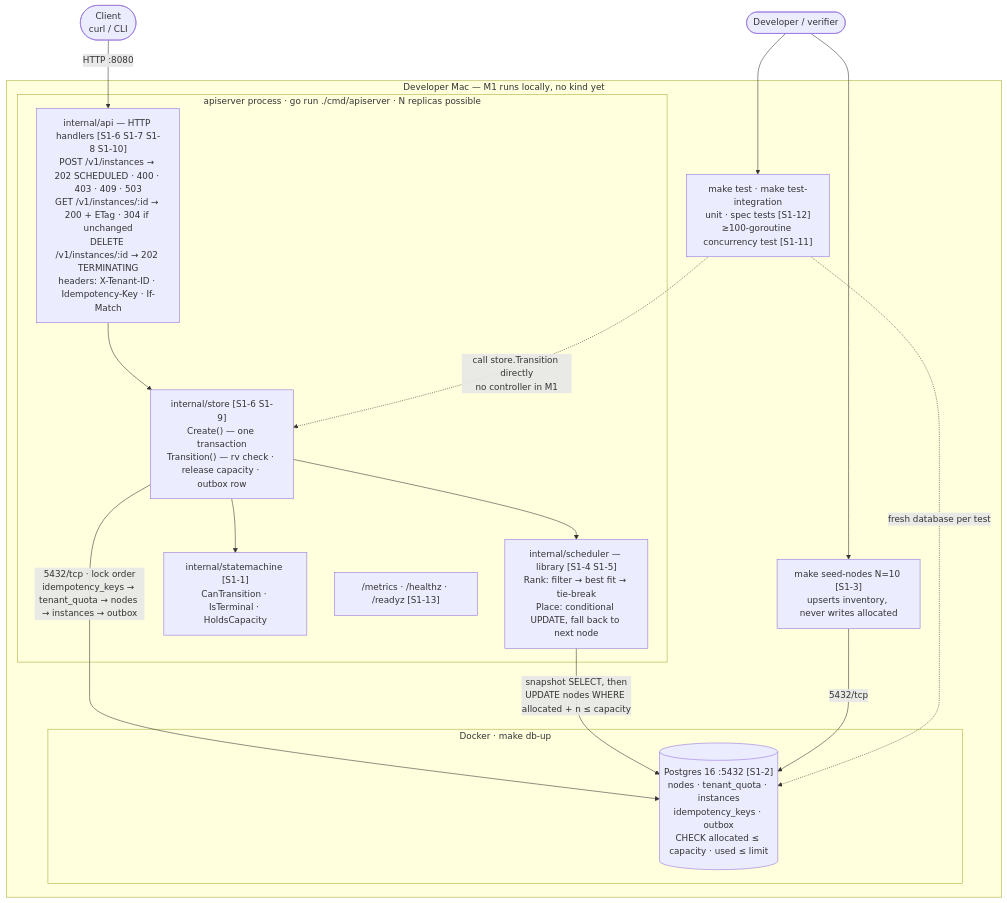
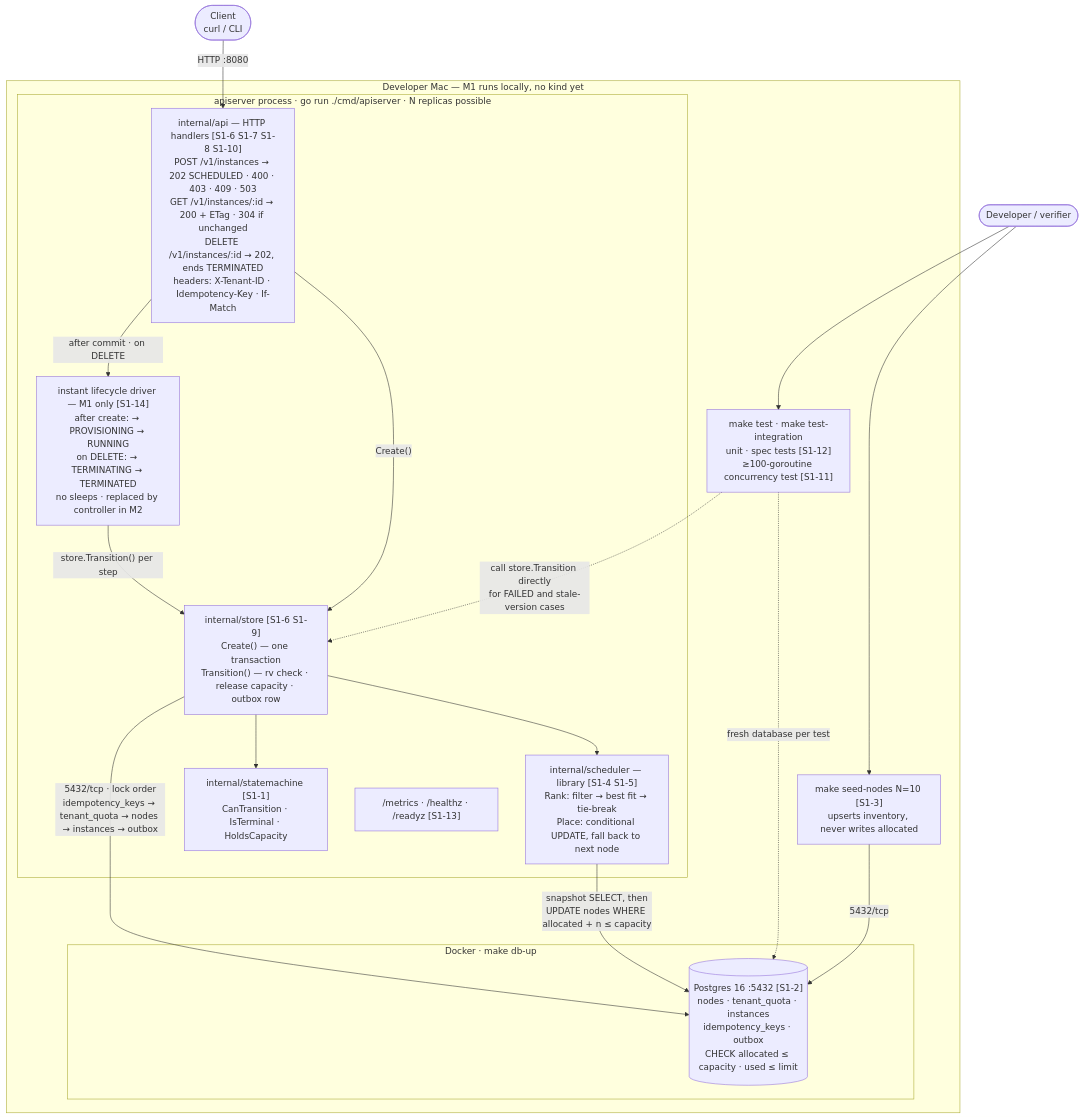
One commit to dipen1510/gpu-control-plane changed the second of 5 diagrams in docs/architecture.md. Above: the diagram before and after it, drawn with Mermaid. The commit also changed other lines of this file and 4 other files, not shown here.

First line of the commit message:
A-3: M1 instant lifecycle driver (D17), ADR-0001 amendment 1, S1-14, updated diagrams

````diff
--- a/docs/architecture.md
+++ b/docs/architecture.md
@@ -111,36 +115,39 @@
 ```mermaid
 flowchart TB
     client(["Client<br/>curl / CLI"])
     dev(["Developer / verifier"])
 
     subgraph mac["Developer Mac — M1 runs locally, no kind yet"]
 
         subgraph proc["apiserver process · go run ./cmd/apiserver · N replicas possible"]
-            http["internal/api — HTTP handlers [S1-6 S1-7 S1-8 S1-10]<br/>POST /v1/instances → 202 SCHEDULED · 400 · 403 · 409 · 503<br/>GET /v1/instances/:id → 200 + ETag · 304 if unchanged<br/>DELETE /v1/instances/:id → 202 TERMINATING<br/>headers: X-Tenant-ID · Idempotency-Key · If-Match"]
+            http["internal/api — HTTP handlers [S1-6 S1-7 S1-8 S1-10]<br/>POST /v1/instances → 202 SCHEDULED · 400 · 403 · 409 · 503<br/>GET /v1/instances/:id → 200 + ETag · 304 if unchanged<br/>DELETE /v1/instances/:id → 202, ends TERMINATED<br/>headers: X-Tenant-ID · Idempotency-Key · If-Match"]
             store["internal/store [S1-6 S1-9]<br/>Create() — one transaction<br/>Transition() — rv check · release capacity · outbox row"]
             sched["internal/scheduler — library [S1-4 S1-5]<br/>Rank: filter → best fit → tie-break<br/>Place: conditional UPDATE, fall back to next node"]
             sm["internal/statemachine [S1-1]<br/>CanTransition · IsTerminal · HoldsCapacity"]
             health["/metrics · /healthz · /readyz [S1-13]"]
+            driver["instant lifecycle driver — M1 only [S1-14]<br/>after create: → PROVISIONING → RUNNING<br/>on DELETE: → TERMINATING → TERMINATED<br/>no sleeps · replaced by controller in M2"]
 
-            http --> store
+            http -->|"Create()"| store
+            http -->|"after commit · on DELETE"| driver
+            driver -->|"store.Transition() per step"| store
             store --> sched
             store --> sm
         end
 
         subgraph docker["Docker · make db-up"]
             pg[("Postgres 16 :5432 [S1-2]<br/>nodes · tenant_quota · instances<br/>idempotency_keys · outbox<br/>CHECK allocated ≤ capacity · used ≤ limit")]
         end
 
         seed["make seed-nodes N=10 [S1-3]<br/>upserts inventory, never writes allocated"]
         tests["make test · make test-integration<br/>unit · spec tests [S1-12]<br/>≥100-goroutine concurrency test [S1-11]"]
     end
 
     client -->|"HTTP :8080"| http
     store -->|"5432/tcp · lock order<br/>idempotency_keys → tenant_quota → nodes → instances → outbox"| pg
     sched -->|"snapshot SELECT, then<br/>UPDATE nodes WHERE allocated + n ≤ capacity"| pg
     seed -->|"5432/tcp"| pg
     dev --> seed
     dev --> tests
-    tests -.->|"call store.Transition directly<br/>no controller in M1"| store
+    tests -.->|"call store.Transition directly<br/>for FAILED and stale-version cases"| store
     tests -.->|"fresh database per test"| pg
 ```
````
